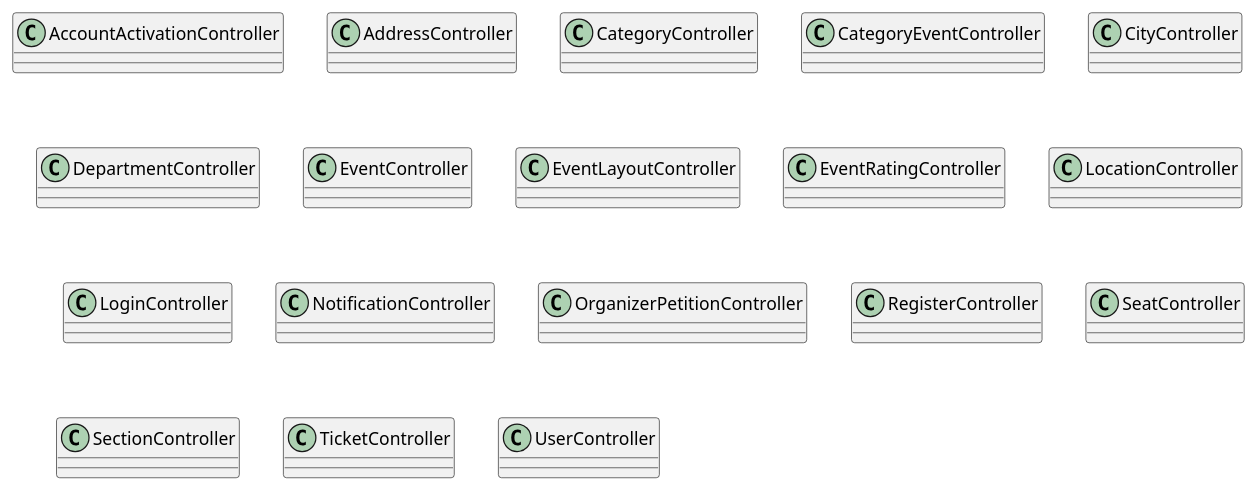
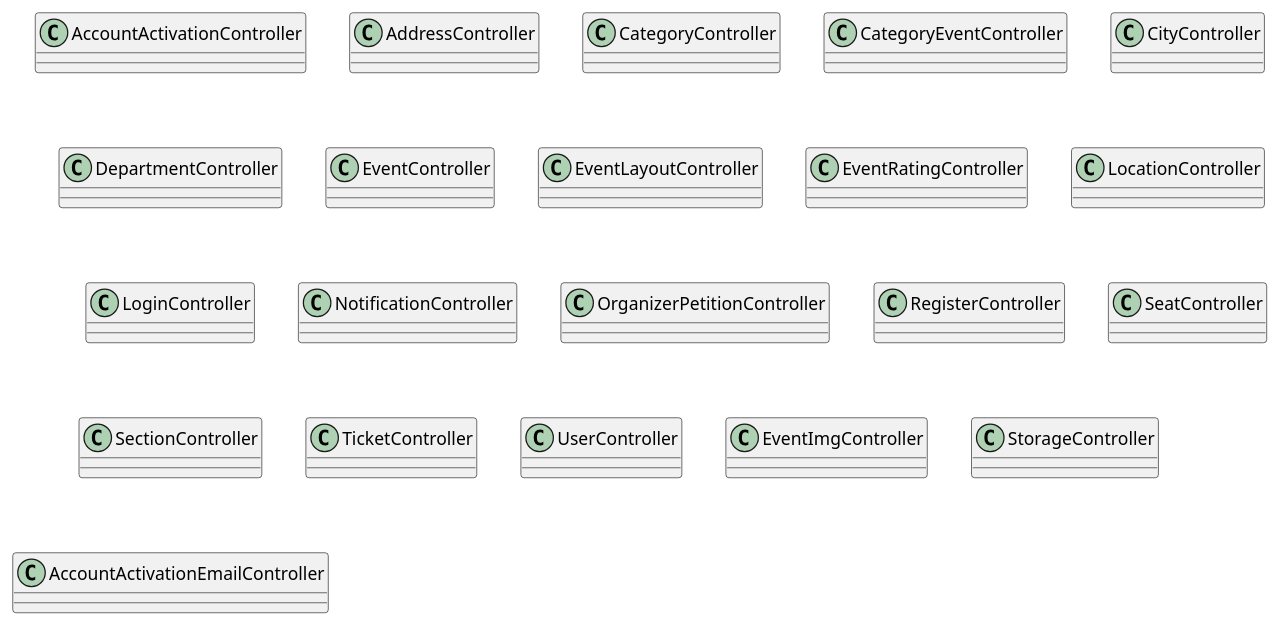
Before and after one commit to lozano2303/tu-evento: the diagram in architecture/class diagram/class diagram controller simple.puml, drawn with PlantUML. The commit also changed 29 other files, not shown here.

Commit message:
feat(backend and web): section management in maquetation, class diagram actualization

```diff
--- a/architecture/class diagram/class diagram controller simple.puml
+++ b/architecture/class diagram/class diagram controller simple.puml
@@ -1,57 +1,66 @@
 @startuml Simple Controller Class Diagram
 
 class AccountActivationController {
 }
 
 class AddressController {
 }
 
 class CategoryController {
 }
 
 class CategoryEventController {
 }
 
 class CityController {
 }
 
 class DepartmentController {
 }
 
 class EventController {
 }
 
 class EventLayoutController {
 }
 
 class EventRatingController {
 }
 
 class LocationController {
 }
 
 class LoginController {
 }
 
 class NotificationController {
 }
 
 class OrganizerPetitionController {
 }
 
 class RegisterController {
 }
 
 class SeatController {
 }
 
 class SectionController {
 }
 
 class TicketController {
 }
 
 class UserController {
 }
 
+class EventImgController {
+}
+
+class StorageController {
+}
+
+class AccountActivationEmailController {
+}
+
 @enduml
```
